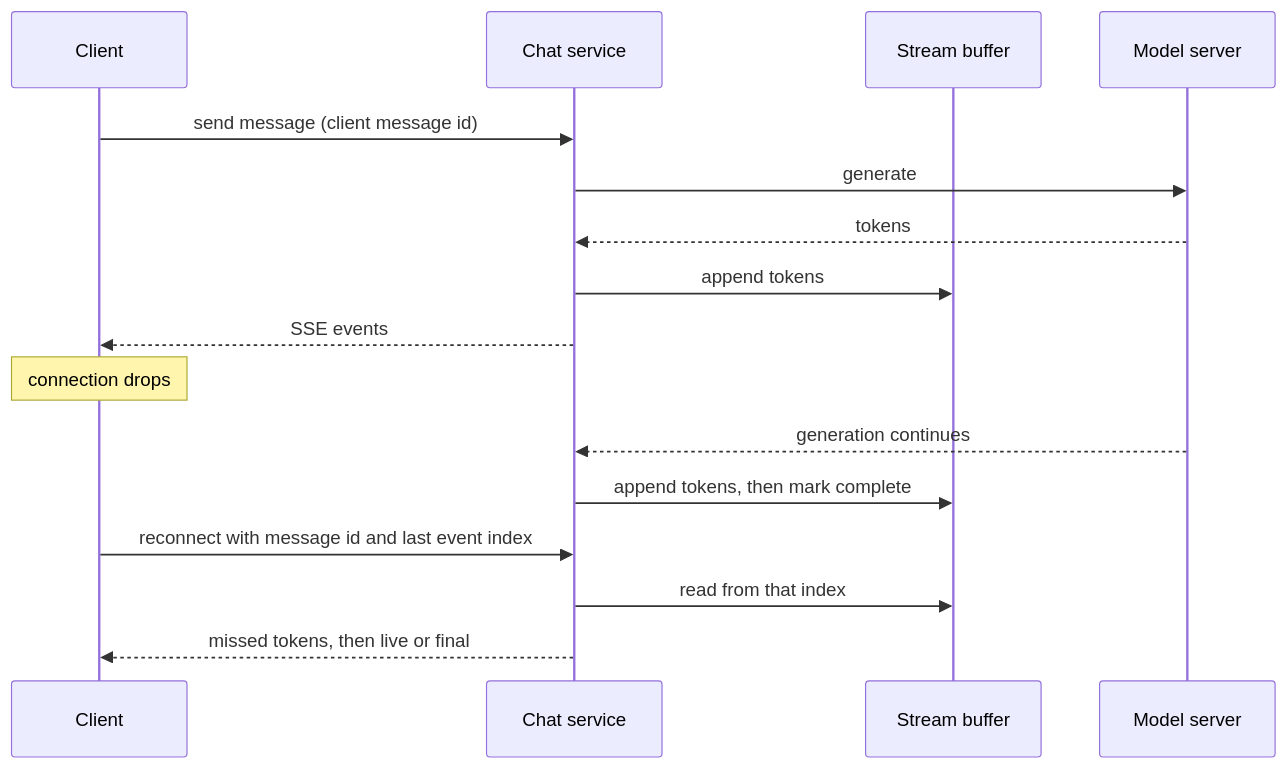
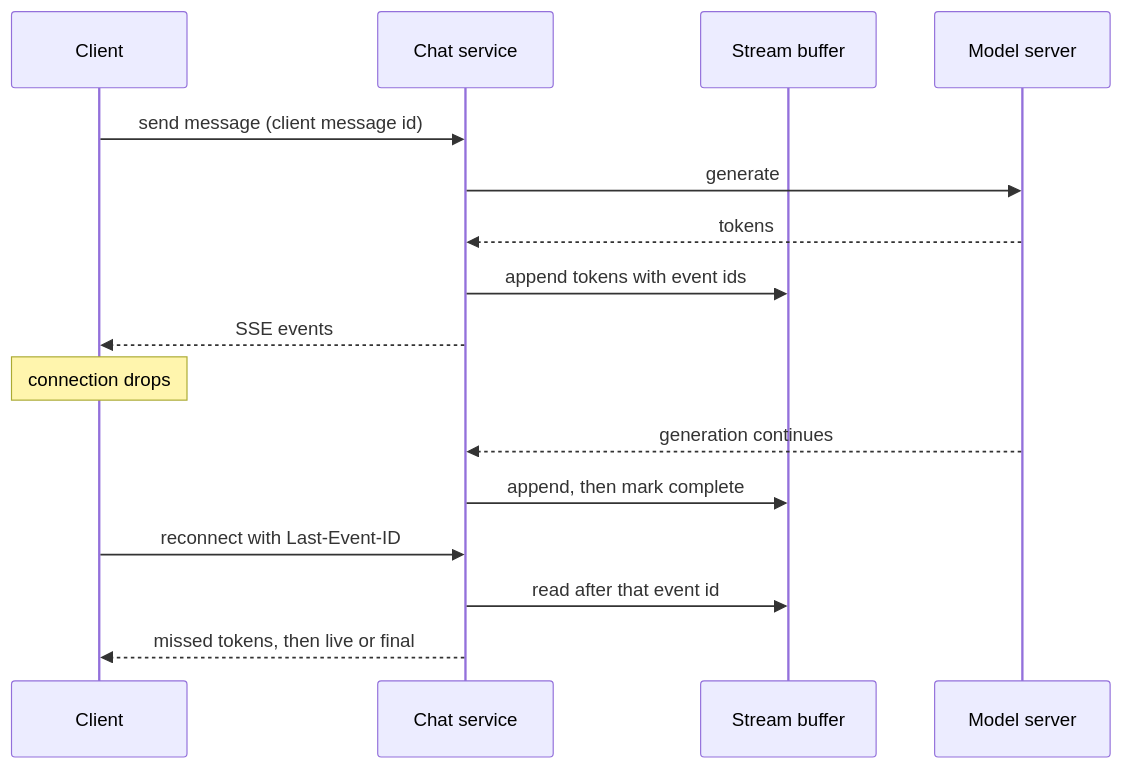
Before and after one commit to shubamchaudhary/CodeNITW: the second of 3 diagrams in src/Data/aiStackDocs/DP-03.md, drawn with Mermaid. The commit also changed other lines of this file and 19 other files, not shown here.

````diff
--- a/src/Data/aiStackDocs/DP-03.md
+++ b/src/Data/aiStackDocs/DP-03.md
@@ -72,18 +91,18 @@
 ```mermaid
 sequenceDiagram
     participant Cl as Client
     participant Ch as Chat service
     participant Bf as Stream buffer
     participant Md as Model server
     Cl->>Ch: send message (client message id)
     Ch->>Md: generate
     Md-->>Ch: tokens
-    Ch->>Bf: append tokens
+    Ch->>Bf: append tokens with event ids
     Ch-->>Cl: SSE events
     Note over Cl: connection drops
     Md-->>Ch: generation continues
-    Ch->>Bf: append tokens, then mark complete
-    Cl->>Ch: reconnect with message id and last event index
-    Ch->>Bf: read from that index
+    Ch->>Bf: append, then mark complete
+    Cl->>Ch: reconnect with Last-Event-ID
+    Ch->>Bf: read after that event id
     Ch-->>Cl: missed tokens, then live or final
 ```
````
